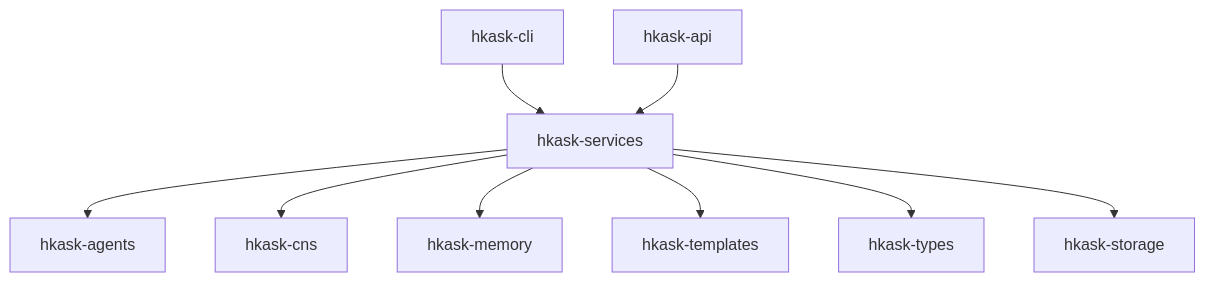
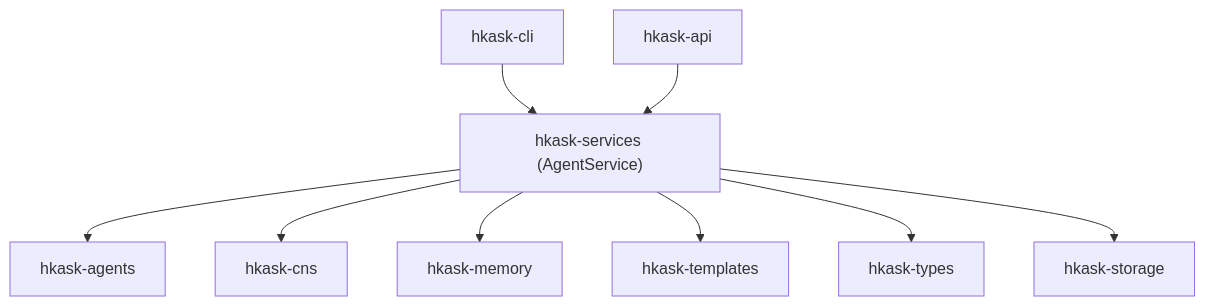
The diagram in docs/architecture/hKask-architecture-master.md (mdz-axo/hKask), drawn with Mermaid before and after one commit. The commit also changed other lines of this file and 12 other files, not shown here.

````diff
--- a/docs/architecture/hKask-architecture-master.md
+++ b/docs/architecture/hKask-architecture-master.md
@@ -60,14 +76,14 @@
 ```mermaid
 graph TD
     CLI["hkask-cli"]
     API["hkask-api"]
-    SVC["hkask-services"]
+    SVC["hkask-services (AgentService)"]
     CLI --> SVC
     API --> SVC
     SVC --> AGENTS[hkask-agents]
     SVC --> CNS[hkask-cns]
     SVC --> MEM[hkask-memory]
     SVC --> TEMPLATES[hkask-templates]
     SVC --> TYPES[hkask-types]
     SVC --> STORAGE[hkask-storage]
 ```
````
